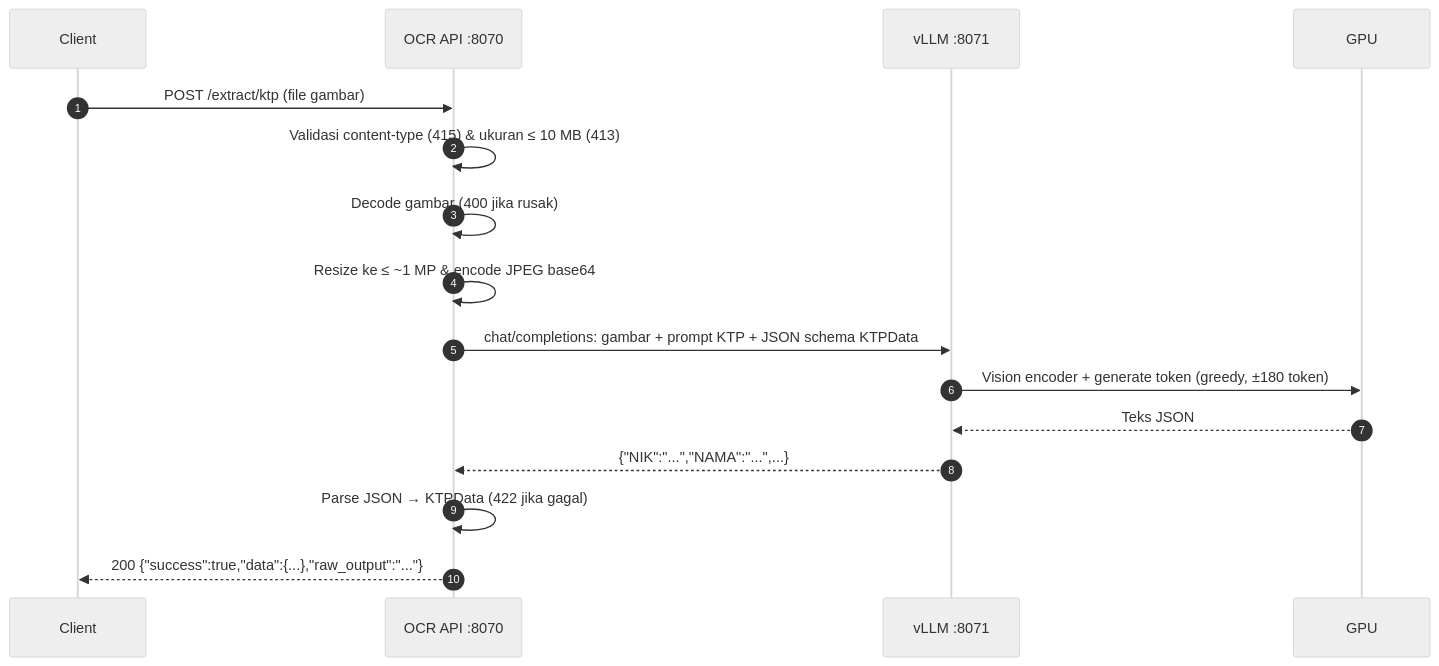
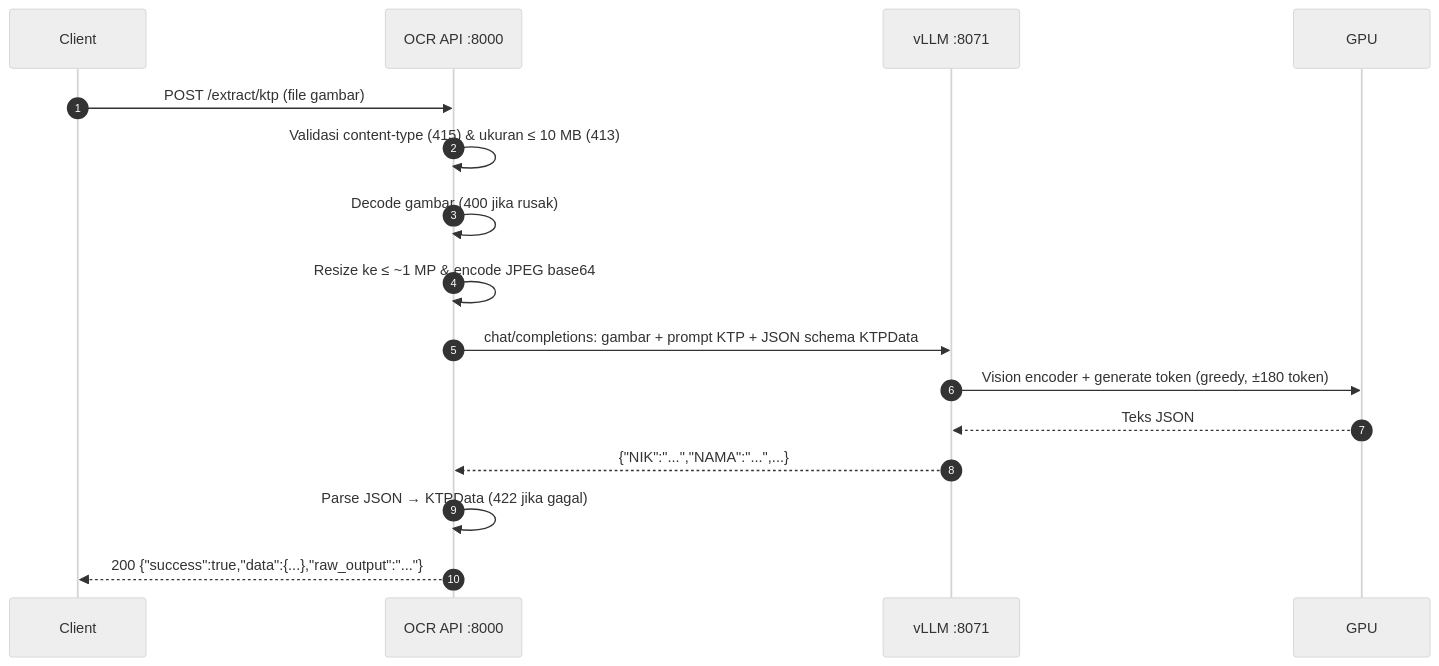
Before and after one commit to sivi-shahab/OCR-KTP-NPWP: the second of 3 diagrams in README.md, drawn with Mermaid (neutral theme). The commit also changed other lines of this file and 4 other files, not shown here.

First line of the commit message:
Move OCR API from port 8070 to 8000

````diff
--- a/README.md
+++ b/README.md
@@ -87,19 +87,19 @@
 ```mermaid
 sequenceDiagram
     autonumber
     participant C as Client
-    participant A as OCR API :8070
+    participant A as OCR API :8000
     participant V as vLLM :8071
     participant G as GPU
 
     C->>A: POST /extract/ktp (file gambar)
     A->>A: Validasi content-type (415) & ukuran ≤ 10 MB (413)
     A->>A: Decode gambar (400 jika rusak)
     A->>A: Resize ke ≤ ~1 MP & encode JPEG base64
     A->>V: chat/completions: gambar + prompt KTP + JSON schema KTPData
     V->>G: Vision encoder + generate token (greedy, ±180 token)
     G-->>V: Teks JSON
     V-->>A: {"NIK":"...","NAMA":"...",...}
     A->>A: Parse JSON → KTPData (422 jika gagal)
     A-->>C: 200 {"success":true,"data":{...},"raw_output":"..."}
 ```
````
